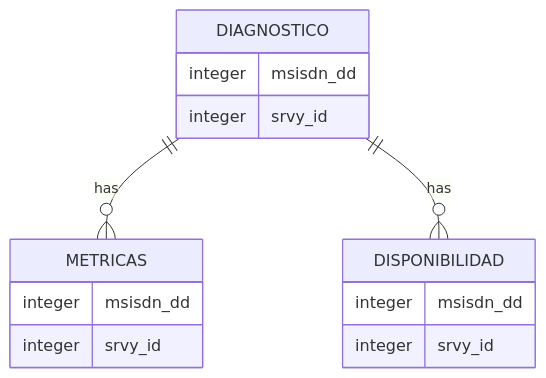
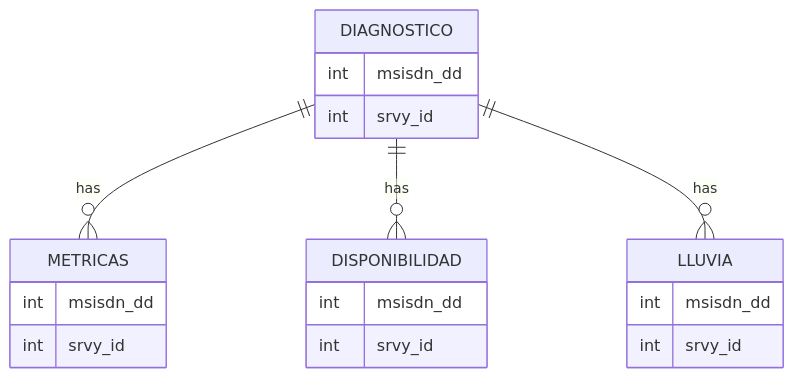
Before and after one commit to yunkel09/yunkel09.github.io: the diagram in data-collection.qmd, drawn with Mermaid. The commit also changed 5 other files, not shown here.

````diff
--- a/data-collection.qmd
+++ b/data-collection.qmd
@@ -27,18 +27,23 @@
 ```{mermaid, fig-oferta}
 %%| fig-width: 9.5
 erDiagram
   DIAGNOSTICO ||--o{ METRICAS : has
   DIAGNOSTICO ||--o{ DISPONIBILIDAD : has
+  DIAGNOSTICO ||--o{ LLUVIA : has
   DIAGNOSTICO {
-    integer msisdn_dd
-    integer srvy_id
+    int msisdn_dd
+    int srvy_id
   }
   METRICAS {
-    integer msisdn_dd
-    integer srvy_id
+    int msisdn_dd
+    int srvy_id
   }
   DISPONIBILIDAD {
-    integer msisdn_dd
-    integer srvy_id
+    int msisdn_dd
+    int srvy_id
+  }
+  LLUVIA {
+    int msisdn_dd
+    int srvy_id
   }
 ```
````
